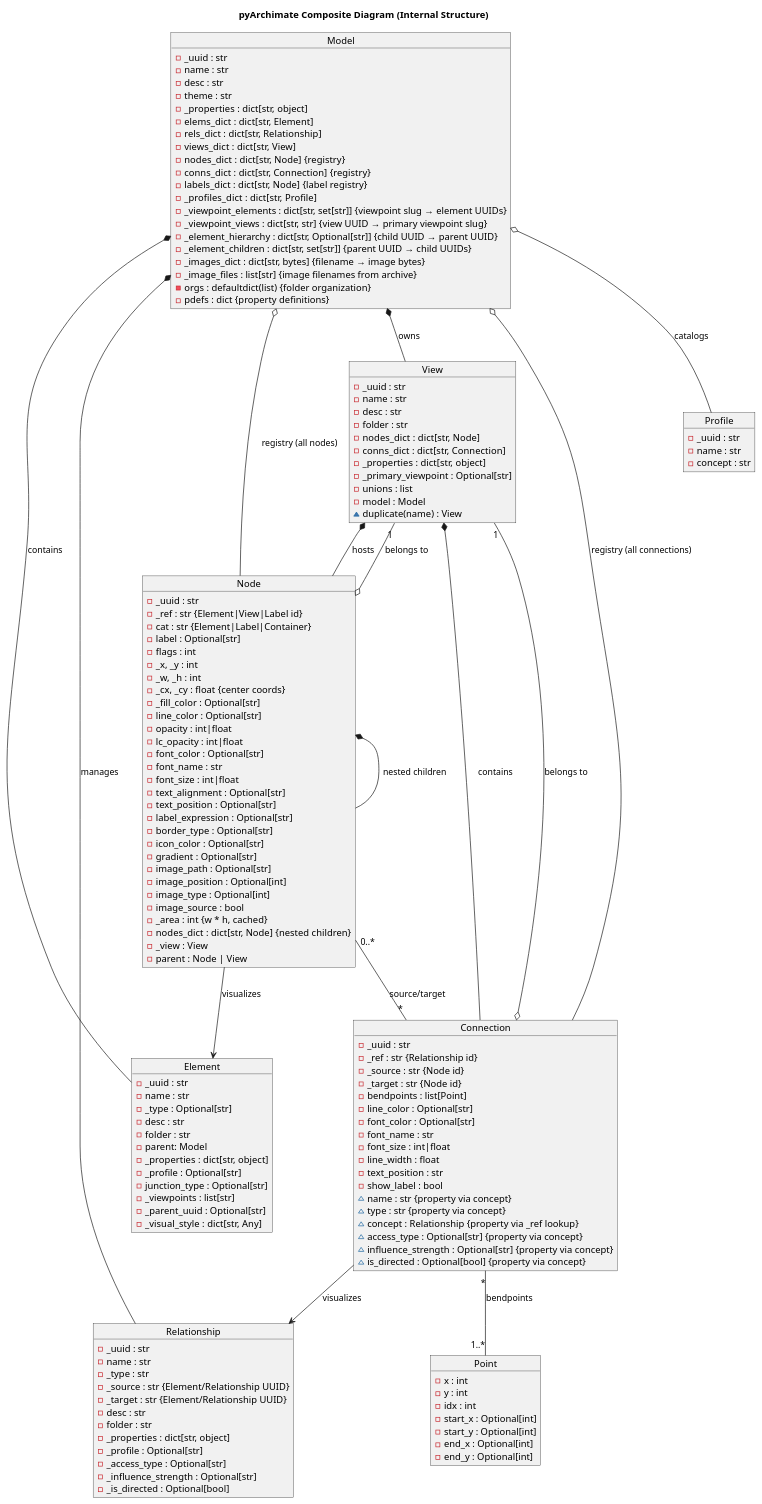
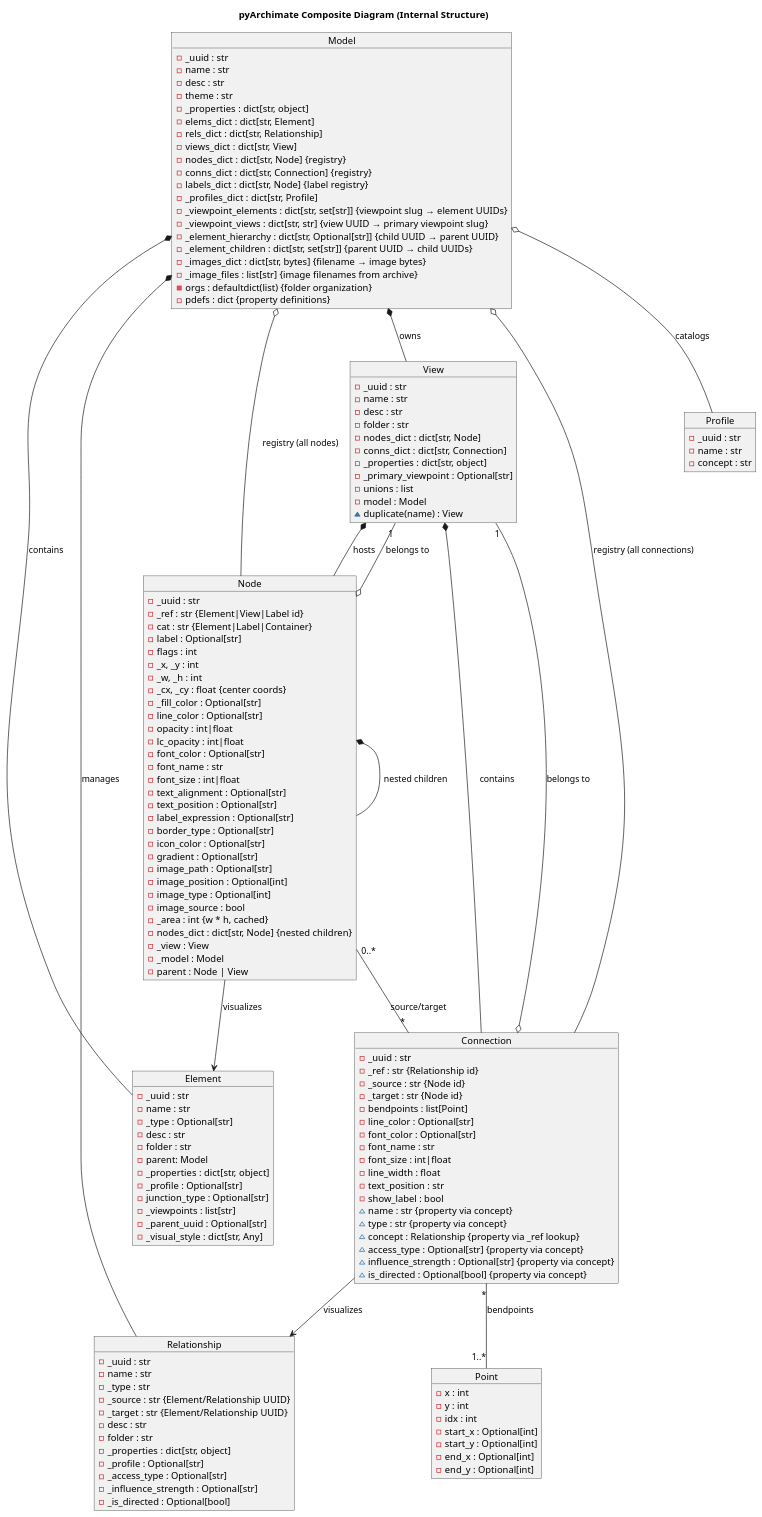
One commit to pyArchimate/pyArchimate changed the diagram in docs/diagrams/composite.puml. Above: the diagram before and after it, drawn with PlantUML. The commit also changed 16 other files, not shown here.

First line of the commit message:
docs: regenerate diagrams, AI.md, and spec docs pre-release

```diff
--- a/docs/diagrams/composite.puml
+++ b/docs/diagrams/composite.puml
@@ -1,159 +1,160 @@
 @startuml
 title pyArchimate Composite Diagram (Internal Structure)
 
 object Model {
   - _uuid : str
   - name : str
   - desc : str
   - theme : str
   - _properties : dict[str, object]
   - elems_dict : dict[str, Element]
   - rels_dict : dict[str, Relationship]
   - views_dict : dict[str, View]
   - nodes_dict : dict[str, Node] {registry}
   - conns_dict : dict[str, Connection] {registry}
   - labels_dict : dict[str, Node] {label registry}
   - _profiles_dict : dict[str, Profile]
   - _viewpoint_elements : dict[str, set[str]] {viewpoint slug → element UUIDs}
   - _viewpoint_views : dict[str, str] {view UUID → primary viewpoint slug}
   - _element_hierarchy : dict[str, Optional[str]] {child UUID → parent UUID}
   - _element_children : dict[str, set[str]] {parent UUID → child UUIDs}
   - _images_dict : dict[str, bytes] {filename → image bytes}
   - _image_files : list[str] {image filenames from archive}
   - orgs : defaultdict(list) {folder organization}
   - pdefs : dict {property definitions}
 }
 
 object Element {
   - _uuid : str
   - name : str
   - _type : Optional[str]
   - desc : str
   - folder : str
   - parent: Model
   - _properties : dict[str, object]
   - _profile : Optional[str]
   - junction_type : Optional[str]
   - _viewpoints : list[str]
   - _parent_uuid : Optional[str]
   - _visual_style : dict[str, Any]
 }
 
 object Relationship {
   - _uuid : str
   - name : str
   - _type : str
   - _source : str {Element/Relationship UUID}
   - _target : str {Element/Relationship UUID}
   - desc : str
   - folder : str
   - _properties : dict[str, object]
   - _profile : Optional[str]
   - _access_type : Optional[str]
   - _influence_strength : Optional[str]
   - _is_directed : Optional[bool]
 }
 
 object Profile {
   - _uuid : str
   - name : str
   - concept : str
 }
 
 object View {
   - _uuid : str
   - name : str
   - desc : str
   - folder : str
   - nodes_dict : dict[str, Node]
   - conns_dict : dict[str, Connection]
   - _properties : dict[str, object]
   - _primary_viewpoint : Optional[str]
   - unions : list
   - model : Model
   ~ duplicate(name) : View
 }
 
 object Node {
   - _uuid : str
   - _ref : str {Element|View|Label id}
   - cat : str {Element|Label|Container}
   - label : Optional[str]
   - flags : int
   - _x, _y : int
   - _w, _h : int
   - _cx, _cy : float {center coords}
   - _fill_color : Optional[str]
   - line_color : Optional[str]
   - opacity : int|float
   - lc_opacity : int|float
   - font_color : Optional[str]
   - font_name : str
   - font_size : int|float
   - text_alignment : Optional[str]
   - text_position : Optional[str]
   - label_expression : Optional[str]
   - border_type : Optional[str]
   - icon_color : Optional[str]
   - gradient : Optional[str]
   - image_path : Optional[str]
   - image_position : Optional[int]
   - image_type : Optional[int]
   - image_source : bool
   - _area : int {w * h, cached}
   - nodes_dict : dict[str, Node] {nested children}
   - _view : View
+  - _model : Model
   - parent : Node | View
 }
 
 object Connection {
   - _uuid : str
   - _ref : str {Relationship id}
   - _source : str {Node id}
   - _target : str {Node id}
   - bendpoints : list[Point]
   - line_color : Optional[str]
   - font_color : Optional[str]
   - font_name : str
   - font_size : int|float
   - line_width : float
   - text_position : str
   - show_label : bool
   ~ name : str {property via concept}
   ~ type : str {property via concept}
   ~ concept : Relationship {property via _ref lookup}
   ~ access_type : Optional[str] {property via concept}
   ~ influence_strength : Optional[str] {property via concept}
   ~ is_directed : Optional[bool] {property via concept}
 }
 
 object Point {
   - x : int
   - y : int
   - idx : int
   - start_x : Optional[int]
   - start_y : Optional[int]
   - end_x : Optional[int]
   - end_y : Optional[int]
 }
 
 Model *-- Element : contains
 Model *-- Relationship : manages
 Model *-- View : owns
 Model o-- Profile : catalogs
 Model o-- Node : registry (all nodes)
 Model o-- Connection : registry (all connections)
 
 View *-- Node : hosts
 View *-- Connection : contains
 
 Node --> Element : visualizes
 Node *-- Node : nested children
 Node o-- "1" View : belongs to
 Node "0..*" -- "*" Connection : source/target
 
 Connection --> Relationship : visualizes
 Connection o-- "1" View : belongs to
 Connection "*" -- "1..*" Point : bendpoints
 
 @enduml
```
